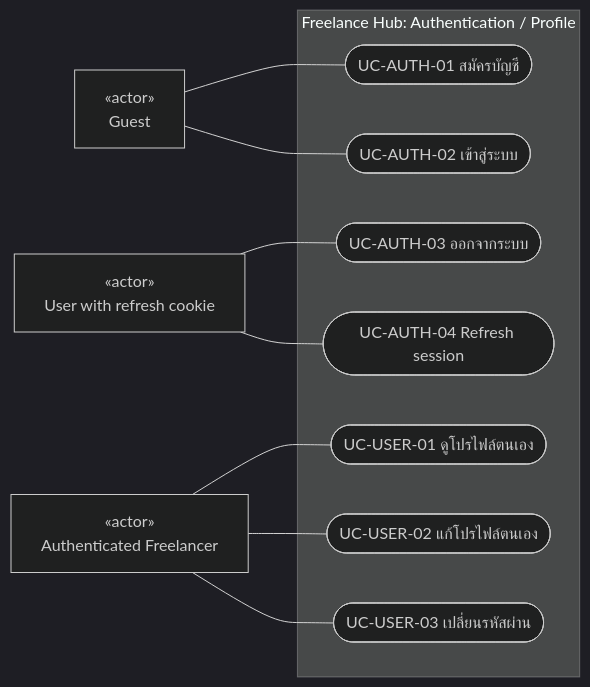
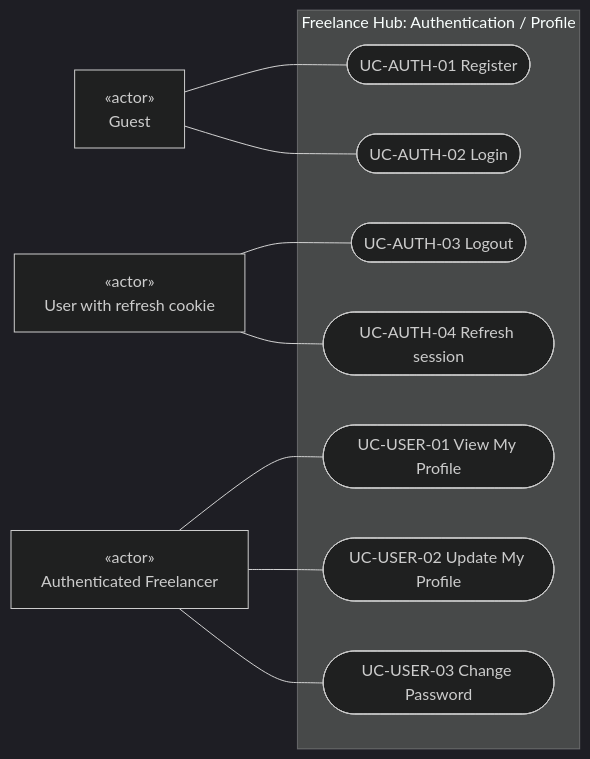
The first of 5 diagrams in doc/diagrams/use-case-diagram.md (lillianxhub/freelance-hub), drawn with Mermaid (dark theme) before and after one commit. The commit also changed other lines of this file and 18 other files, not shown here.

Commit message:
docs: sync project documentation, consolidate sequence diagrams and update deployment links

````diff
--- a/doc/diagrams/use-case-diagram.md
+++ b/doc/diagrams/use-case-diagram.md
@@ -17,22 +17,22 @@
 ```mermaid
 flowchart LR
     G["«actor»<br/>Guest"]
     F["«actor»<br/>Authenticated Freelancer"]
     S["«actor»<br/>User with refresh cookie"]
     subgraph AUTH["Freelance Hub: Authentication / Profile"]
-        A1(["UC-AUTH-01 สมัครบัญชี"])
-        A2(["UC-AUTH-02 เข้าสู่ระบบ"])
-        A3(["UC-AUTH-03 ออกจากระบบ"])
+        A1(["UC-AUTH-01 Register"])
+        A2(["UC-AUTH-02 Login"])
+        A3(["UC-AUTH-03 Logout"])
         A4(["UC-AUTH-04 Refresh session"])
-        U1(["UC-USER-01 ดูโปรไฟล์ตนเอง"])
-        U2(["UC-USER-02 แก้โปรไฟล์ตนเอง"])
-        U3(["UC-USER-03 เปลี่ยนรหัสผ่าน"])
+        U1(["UC-USER-01 View My Profile"])
+        U2(["UC-USER-02 Update My Profile"])
+        U3(["UC-USER-03 Change Password"])
     end
     G --- A1
     G --- A2
     S --- A3
     S --- A4
     F --- U1
     F --- U2
     F --- U3
 ```
````
